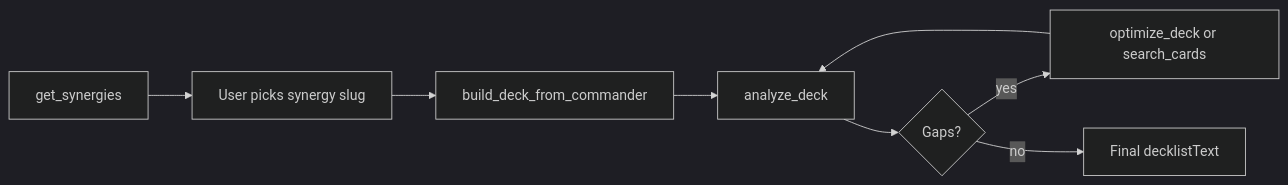
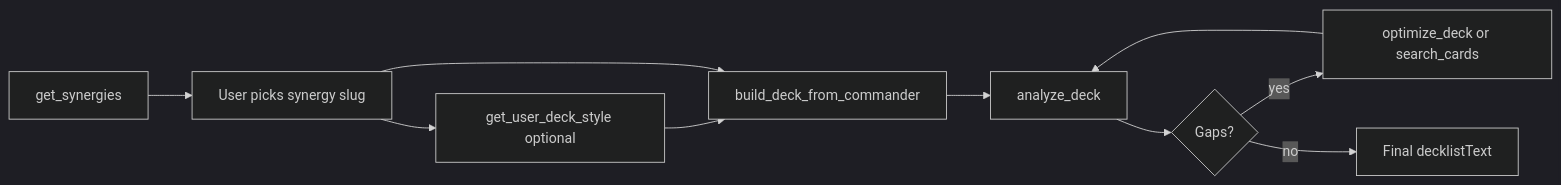
Before and after one commit to kscius/mtg-commander-analyzer-mcp: the diagram in AGENTS.md, drawn with Mermaid (dark theme). The commit also changed other lines of this file and 42 other files, not shown here.

First line of the commit message:
feat(user-deck-style): integrate user deck style reference and enhance deck building process

````diff
--- a/AGENTS.md
+++ b/AGENTS.md
@@ -7,10 +7,12 @@
 ```mermaid
 flowchart LR
   A[get_synergies] --> B[User picks synergy slug]
-  B --> C[build_deck_from_commander]
+  B --> S[get_user_deck_style optional]
+  S --> C[build_deck_from_commander]
+  B --> C
   C --> D[analyze_deck]
   D --> E{Gaps?}
   E -->|yes| F[optimize_deck or search_cards]
   F --> D
   E -->|no| G[Final decklistText]
 ```
````
